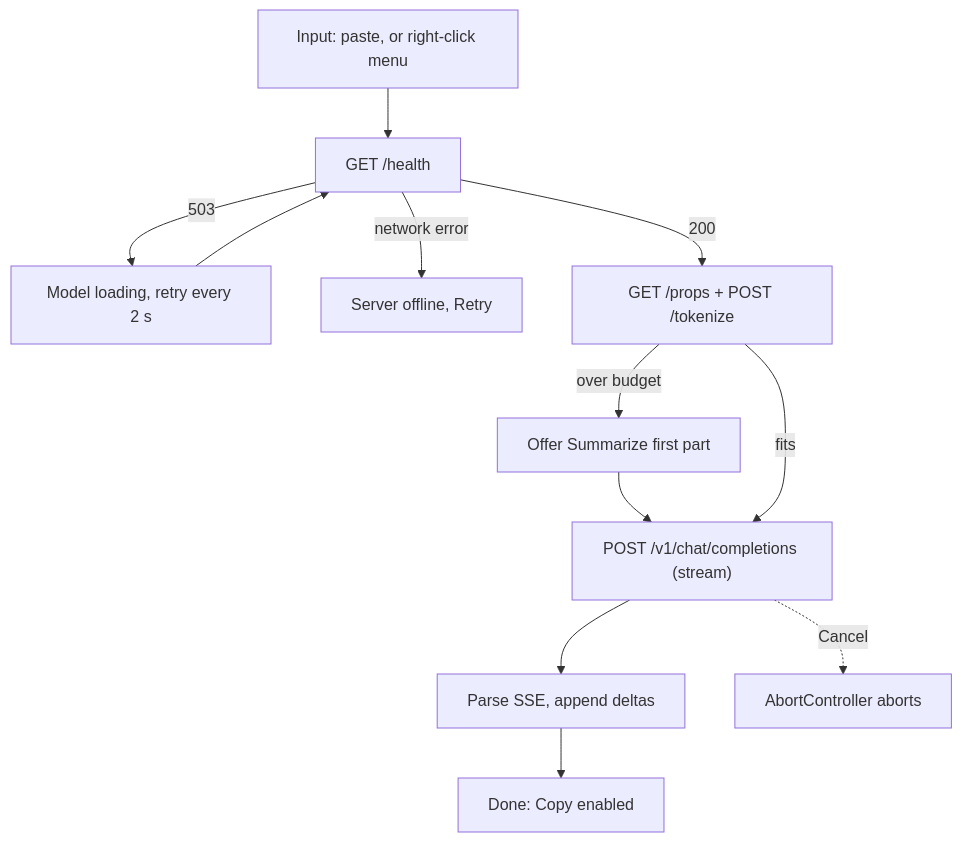
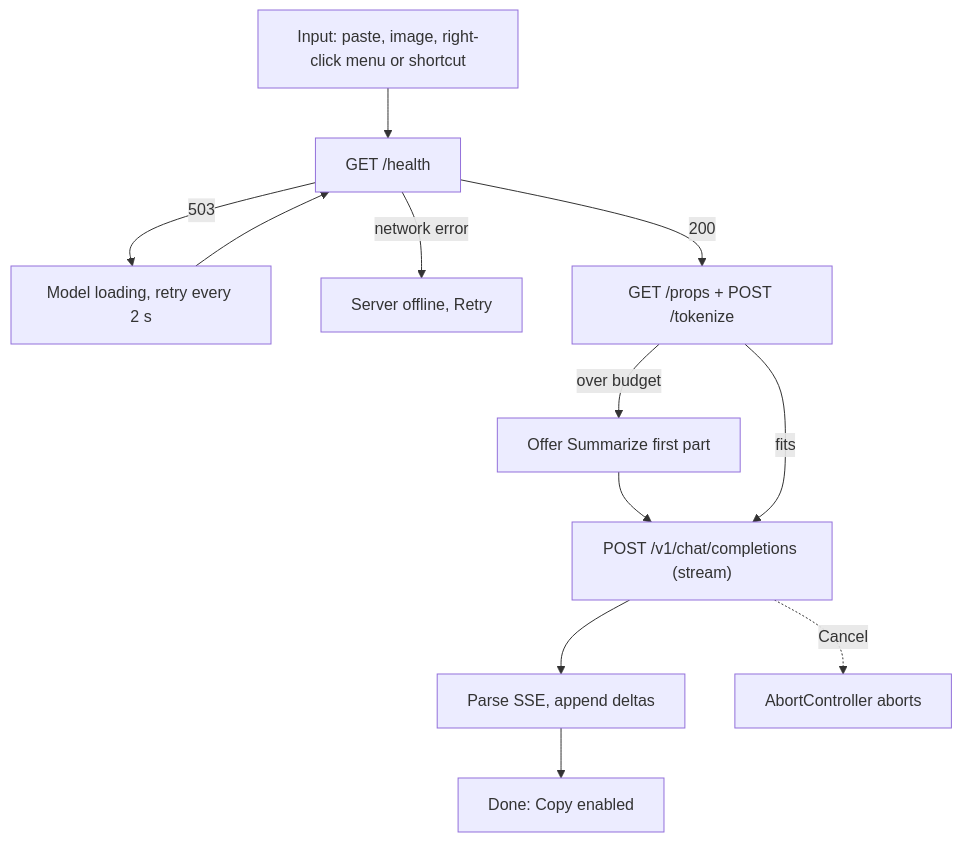
One commit to SeanLangre/quick-summarize changed the third of 3 diagrams in README.md. Above: the diagram before and after it, drawn with Mermaid. The commit also changed other lines of this file and 4 other files, not shown here.

````diff
--- a/README.md
+++ b/README.md
@@ -102,12 +103,12 @@
 ```mermaid
 flowchart TD
-    A["Input: paste, or right-click menu"] --> B["GET /health"]
+    A["Input: paste, image, right-click menu or shortcut"] --> B["GET /health"]
     B -- "503" --> B2["Model loading, retry every 2 s"] --> B
     B -- "network error" --> B3["Server offline, Retry"]
     B -- "200" --> C["GET /props + POST /tokenize"]
     C -- "over budget" --> C2["Offer Summarize first part"] --> D
     C -- "fits" --> D["POST /v1/chat/completions (stream)"]
     D --> E["Parse SSE, append deltas"]
     E --> F["Done: Copy enabled"]
     D -. "Cancel" .-> G["AbortController aborts"]
 ```
````
